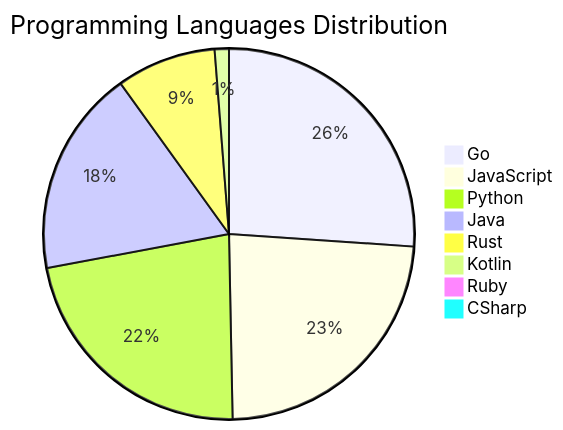
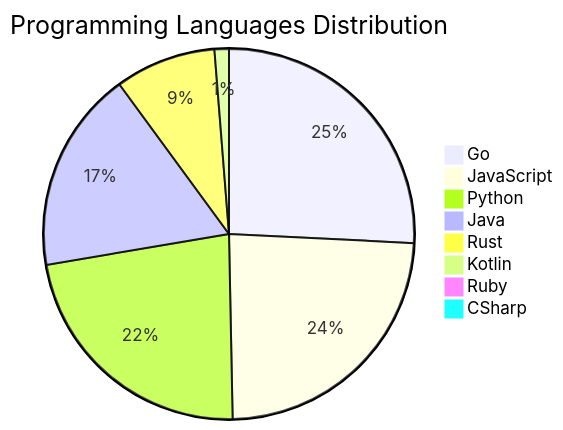
Before and after one commit to Derrick-MUGISHA/github-activity-bot: the diagram in README.md, drawn with Mermaid. The commit also changed other lines of this file and 4 other files, not shown here.

````diff
--- a/README.md
+++ b/README.md
@@ -209,11 +209,11 @@
 ```mermaid
 pie title Programming Languages Distribution
-    "Go" : 42
+    "Go" : 41
     "JavaScript" : 38
     "Python" : 36
-    "Java" : 29
+    "Java" : 28
     "Rust" : 14
     "Kotlin" : 2
     "Ruby" : 1
     "CSharp" : 1
 ```
````
